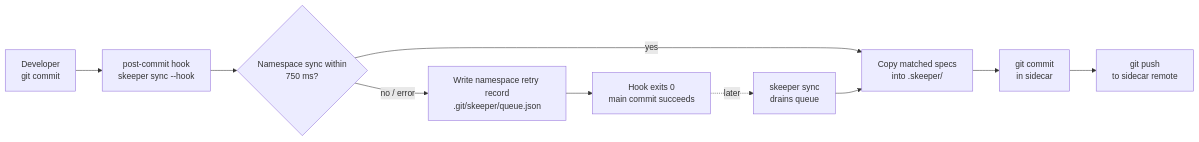
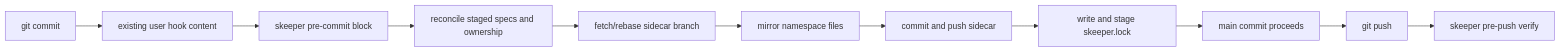
The diagram in README.md (compozy/skeeper), drawn with Mermaid before and after one commit. The commit also changed other lines of this file and 31 other files, not shown here.

````diff
--- a/README.md
+++ b/README.md
@@ -89,12 +52,13 @@
 ```mermaid
 flowchart LR
-    A[Developer<br/>git commit] --> B[post-commit hook<br/>skeeper sync --hook]
-    B --> C{Namespace sync within<br/>750 ms?}
-    C -- yes --> D[Copy matched specs<br/>into .skeeper/]
-    D --> E[git commit<br/>in sidecar]
-    E --> F[git push<br/>to sidecar remote]
-    C -- no / error --> G[Write namespace retry record<br/>.git/skeeper/queue.json]
-    G --> H[Hook exits 0<br/>main commit succeeds]
-    H -. later .-> I[skeeper sync<br/>drains queue]
-    I --> D
+    A[git commit] --> B[existing user hook content]
+    B --> C[skeeper pre-commit block]
+    C --> D[reconcile staged specs and ownership]
+    D --> E[fetch/rebase sidecar branch]
+    E --> F[mirror namespace files]
+    F --> G[commit and push sidecar]
+    G --> H[write and stage skeeper.lock]
+    H --> I[main commit proceeds]
+    I --> J[git push]
+    J --> K[skeeper pre-push verify]
 ```
````
